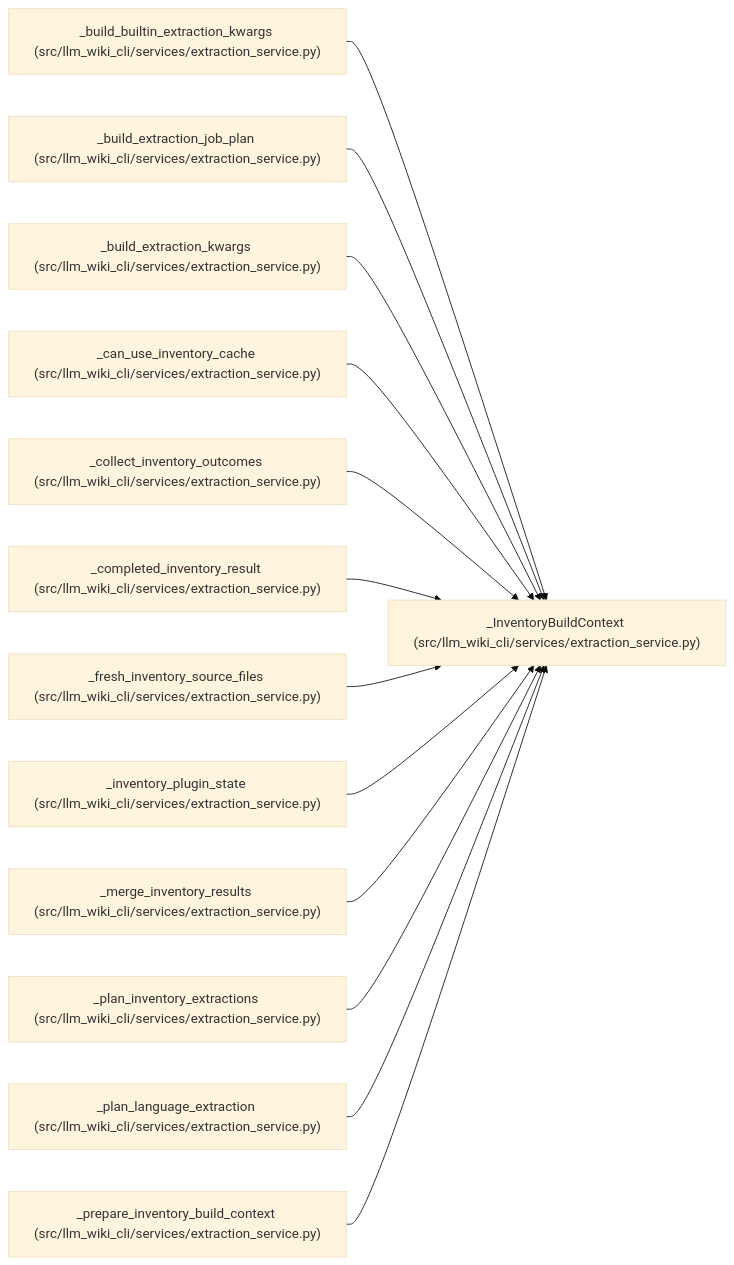
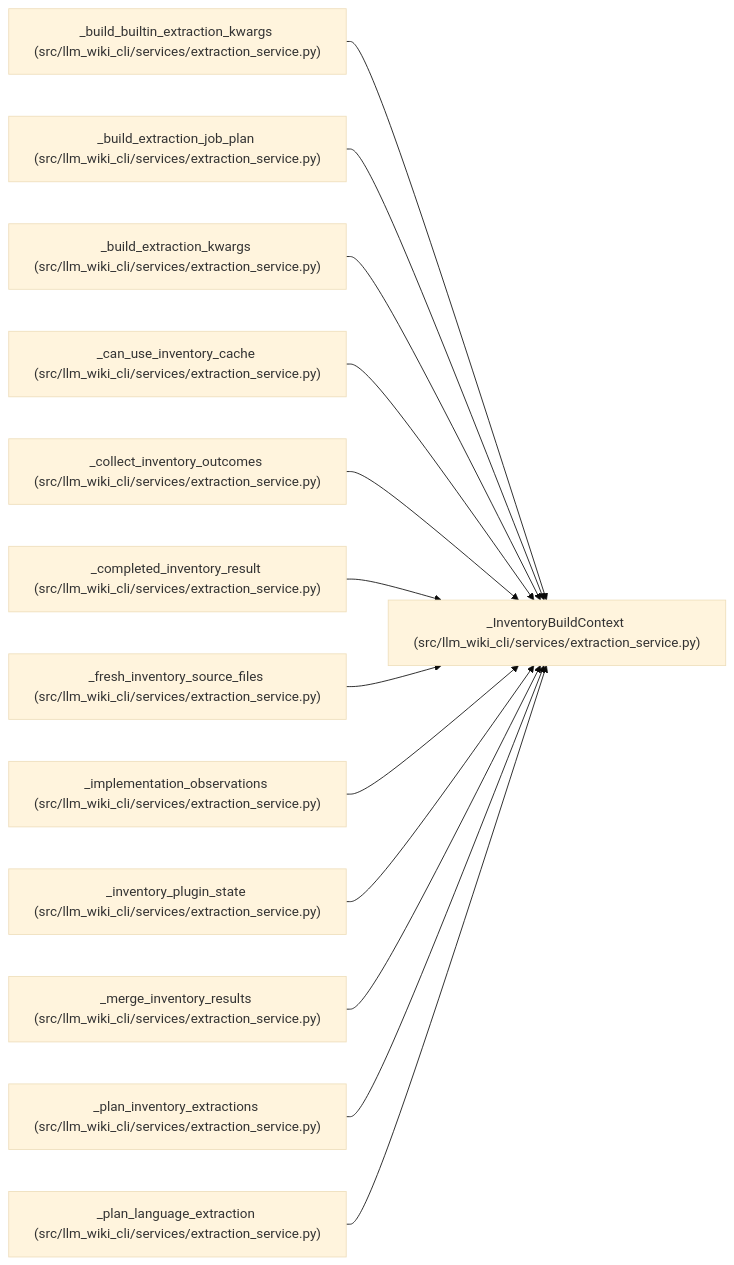
The diagram in docs/llm_wiki/entities/InventoryBuildContext.md (Denissvgn/python-wiki-llm), drawn with Mermaid (base theme) before and after one commit. The commit also changed other lines of this file and 1410 other files, not shown here.

````diff
--- a/docs/llm_wiki/entities/InventoryBuildContext.md
+++ b/docs/llm_wiki/entities/InventoryBuildContext.md
@@ -42,41 +44,41 @@
 ```mermaid
 flowchart LR
     n0["_InventoryBuildContext (src/llm_wiki_cli/services/extraction_service.py)"]
     n1["_build_builtin_extraction_kwargs (src/llm_wiki_cli/services/extraction_service.py)"]
     n2["_build_extraction_job_plan (src/llm_wiki_cli/services/extraction_service.py)"]
     n3["_build_extraction_kwargs (src/llm_wiki_cli/services/extraction_service.py)"]
     n4["_can_use_inventory_cache (src/llm_wiki_cli/services/extraction_service.py)"]
     n5["_collect_inventory_outcomes (src/llm_wiki_cli/services/extraction_service.py)"]
     n6["_completed_inventory_result (src/llm_wiki_cli/services/extraction_service.py)"]
     n7["_fresh_inventory_source_files (src/llm_wiki_cli/services/extraction_service.py)"]
-    n8["_inventory_plugin_state (src/llm_wiki_cli/services/extraction_service.py)"]
-    n9["_merge_inventory_results (src/llm_wiki_cli/services/extraction_service.py)"]
-    n10["_plan_inventory_extractions (src/llm_wiki_cli/services/extraction_service.py)"]
-    n11["_plan_language_extraction (src/llm_wiki_cli/services/extraction_service.py)"]
-    n12["_prepare_inventory_build_context (src/llm_wiki_cli/services/extraction_service.py)"]
+    n8["_implementation_observations (src/llm_wiki_cli/services/extraction_service.py)"]
+    n9["_inventory_plugin_state (src/llm_wiki_cli/services/extraction_service.py)"]
+    n10["_merge_inventory_results (src/llm_wiki_cli/services/extraction_service.py)"]
+    n11["_plan_inventory_extractions (src/llm_wiki_cli/services/extraction_service.py)"]
+    n12["_plan_language_extraction (src/llm_wiki_cli/services/extraction_service.py)"]
     n1 --> n0
     n2 --> n0
     n3 --> n0
     n4 --> n0
     n5 --> n0
     n6 --> n0
     n7 --> n0
     n8 --> n0
     n9 --> n0
     n10 --> n0
     n11 --> n0
     n12 --> n0
     click n0 "../modules/extraction_service.md"
     click n1 "../modules/extraction_service.md"
     click n2 "../modules/extraction_service.md"
     click n3 "../modules/extraction_service.md"
     click n4 "../modules/extraction_service.md"
     click n5 "../modules/extraction_service.md"
     click n6 "../modules/extraction_service.md"
     click n7 "../modules/extraction_service.md"
     click n8 "../modules/extraction_service.md"
     click n9 "../modules/extraction_service.md"
     click n10 "../modules/extraction_service.md"
     click n11 "../modules/extraction_service.md"
     click n12 "../modules/extraction_service.md"
 ```
````
